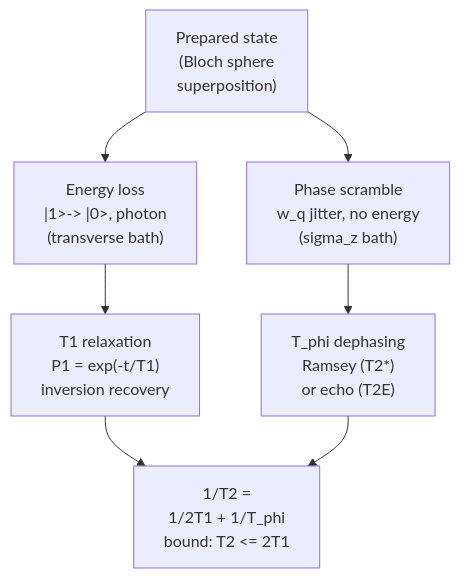
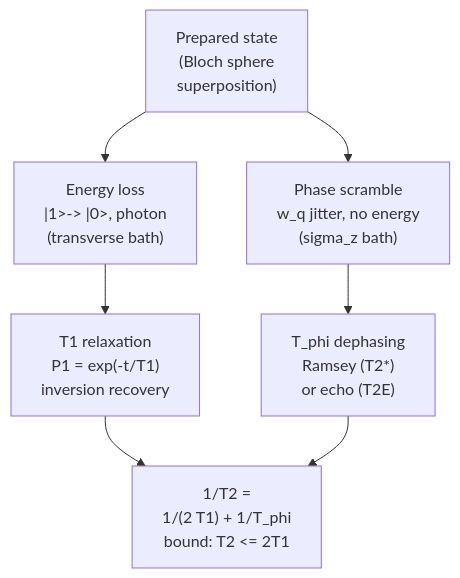
The diagram in tutorial/09-coherence-noise.md (Iamsohungrynow/superconducting-qubits-journey), drawn with Mermaid before and after one commit. The commit also changed other lines of this file and 35 other files, not shown here.

````diff
--- a/tutorial/09-coherence-noise.md
+++ b/tutorial/09-coherence-noise.md
@@ -12,10 +12,10 @@
 ```mermaid
 flowchart TD
     P["Prepared state<br/>(Bloch sphere<br/>superposition)"]
     P --> A["Energy loss<br/>|1>-> |0>, photon<br/>(transverse bath)"]
     P --> B["Phase scramble<br/>w_q jitter, no energy<br/>(sigma_z bath)"]
     A --> A1["T1 relaxation<br/>P1 = exp(-t/T1)<br/>inversion recovery"]
     B --> B1["T_phi dephasing<br/>Ramsey (T2*)<br/>or echo (T2E)"]
-    A1 --> C["1/T2 =<br/>1/2T1 + 1/T_phi<br/>bound: T2 <= 2T1"]
+    A1 --> C["1/T2 =<br/>1/(2 T1) + 1/T_phi<br/>bound: T2 <= 2T1"]
     B1 --> C
 ```
````
